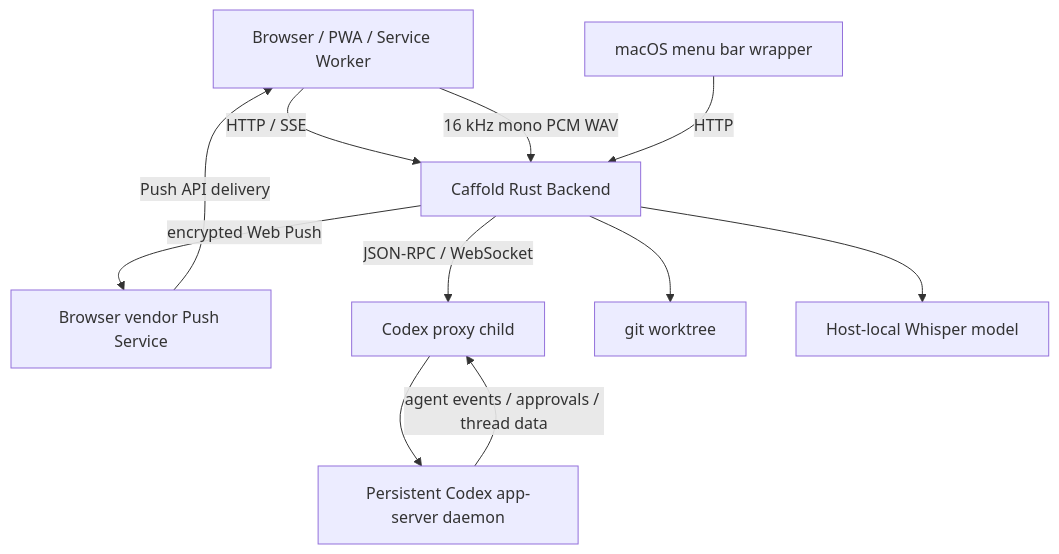
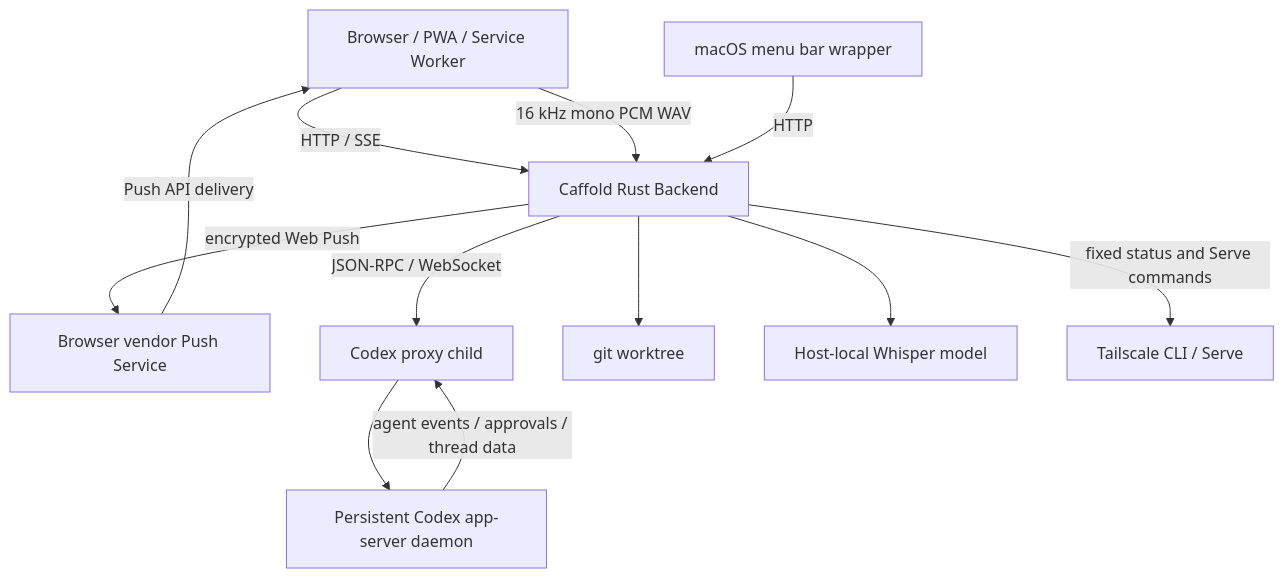
The diagram in docs/architecture/overview.md (panarch/caffold), drawn with Mermaid before and after one commit. The commit also changed other lines of this file and 32 other files, not shown here.

````diff
--- a/docs/architecture/overview.md
+++ b/docs/architecture/overview.md
@@ -10,22 +10,24 @@
 ```mermaid
 flowchart TD
     PWA["Browser / PWA / Service Worker"]
     MacWrapper["macOS menu bar wrapper"]
     Backend["Caffold Rust Backend"]
     PushService["Browser vendor Push Service"]
     Proxy["Codex proxy child"]
     AppServer["Persistent Codex app-server daemon"]
     Git["git worktree"]
     Whisper["Host-local Whisper model"]
+    Tailscale["Tailscale CLI / Serve"]
 
     PWA -->|"HTTP / SSE"| Backend
     PWA -->|"16 kHz mono PCM WAV"| Backend
     MacWrapper -->|"HTTP"| Backend
     Backend -->|"JSON-RPC / WebSocket"| Proxy
     Proxy --> AppServer
     Backend --> Git
     Backend --> Whisper
+    Backend -->|"fixed status and Serve commands"| Tailscale
     Backend -->|"encrypted Web Push"| PushService
     PushService -->|"Push API delivery"| PWA
     AppServer -->|"agent events / approvals / thread data"| Proxy
 ```
````
